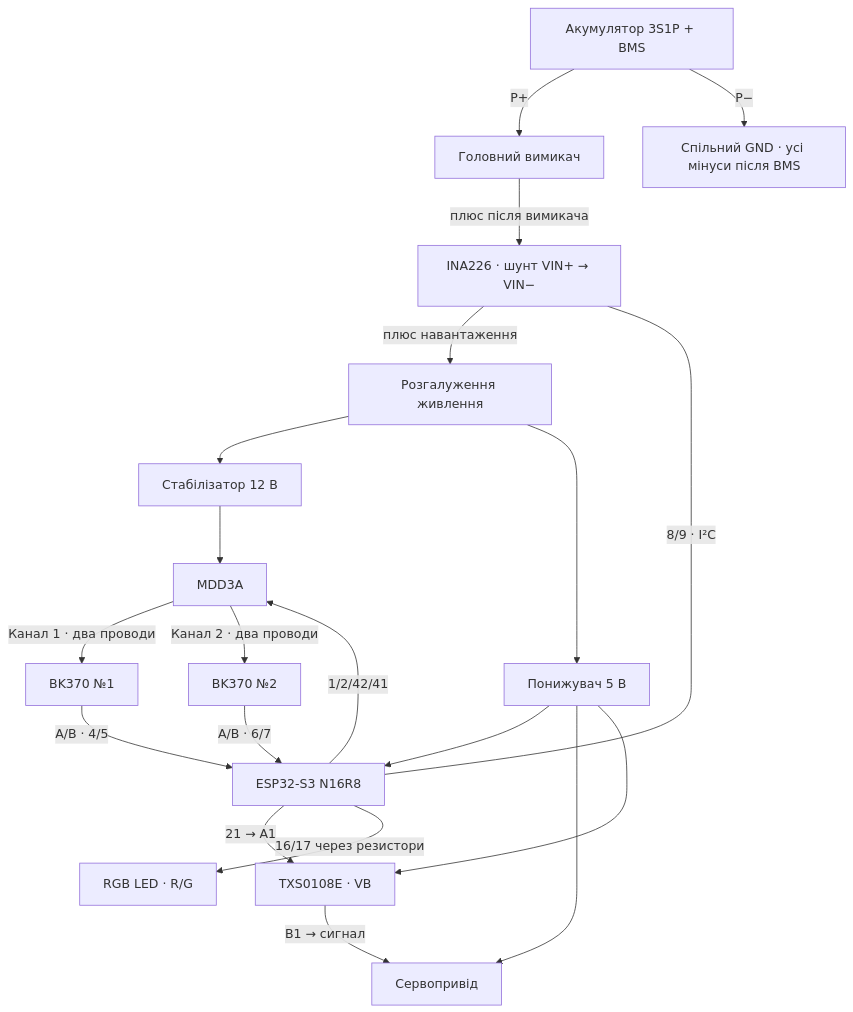
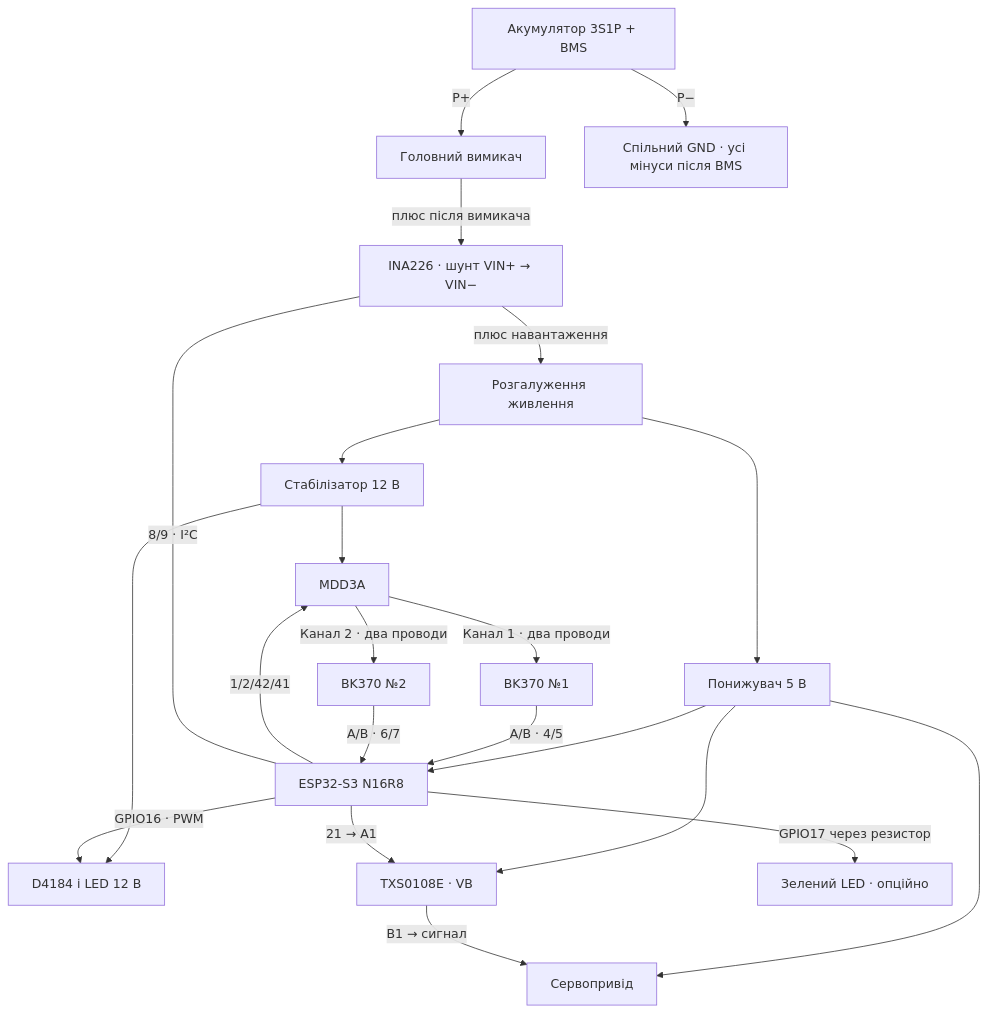
One commit to denishelenko/esp32-motor-control- changed the diagram in BK370/WIRING.md. Above: the diagram before and after it, drawn with Mermaid. The commit also changed other lines of this file and 7 other files, not shown here.

````diff
--- a/BK370/WIRING.md
+++ b/BK370/WIRING.md
@@ -3,22 +5,24 @@
 ```mermaid
 flowchart TD
     BAT["Акумулятор 3S1P + BMS"] -->|"P+"| SW["Головний вимикач"]
     SW -->|"плюс після вимикача"| SH["INA226 · шунт VIN+ → VIN−"]
     SH -->|"плюс навантаження"| BUS["Розгалуження живлення"]
     BUS --> REG12["Стабілізатор 12 В"]
     BUS --> REG5["Понижувач 5 В"]
     REG12 --> MDD["MDD3A"]
+    REG12 --> D4184["D4184 і LED 12 В"]
     MDD -->|"Канал 1 · два проводи"| M1["BK370 №1"]
     MDD -->|"Канал 2 · два проводи"| M2["BK370 №2"]
     REG5 --> ESP["ESP32-S3 N16R8"]
     REG5 --> SERVO["Сервопривід"]
     REG5 --> TXS["TXS0108E · VB"]
     ESP -->|"1/2/42/41"| MDD
     M1 -->|"A/B · 4/5"| ESP
     M2 -->|"A/B · 6/7"| ESP
     ESP ---|"8/9 · I²C"| SH
     ESP -->|"21 → A1"| TXS
     TXS -->|"B1 → сигнал"| SERVO
-    ESP -->|"16/17 через резистори"| LED["RGB LED · R/G"]
+    ESP -->|"GPIO16 · PWM"| D4184
+    ESP -->|"GPIO17 через резистор"| LED["Зелений LED · опційно"]
     BAT -->|"P−"| GND["Спільний GND · усі мінуси після BMS"]
 ```
````
